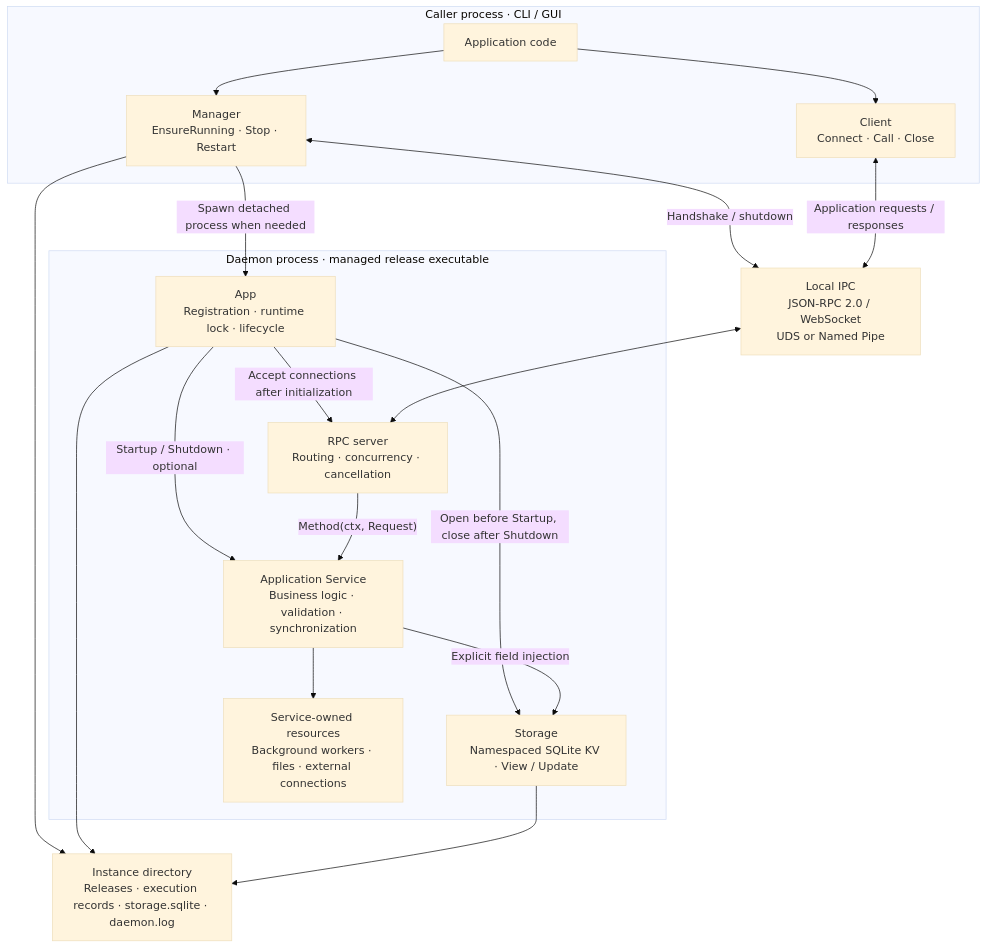
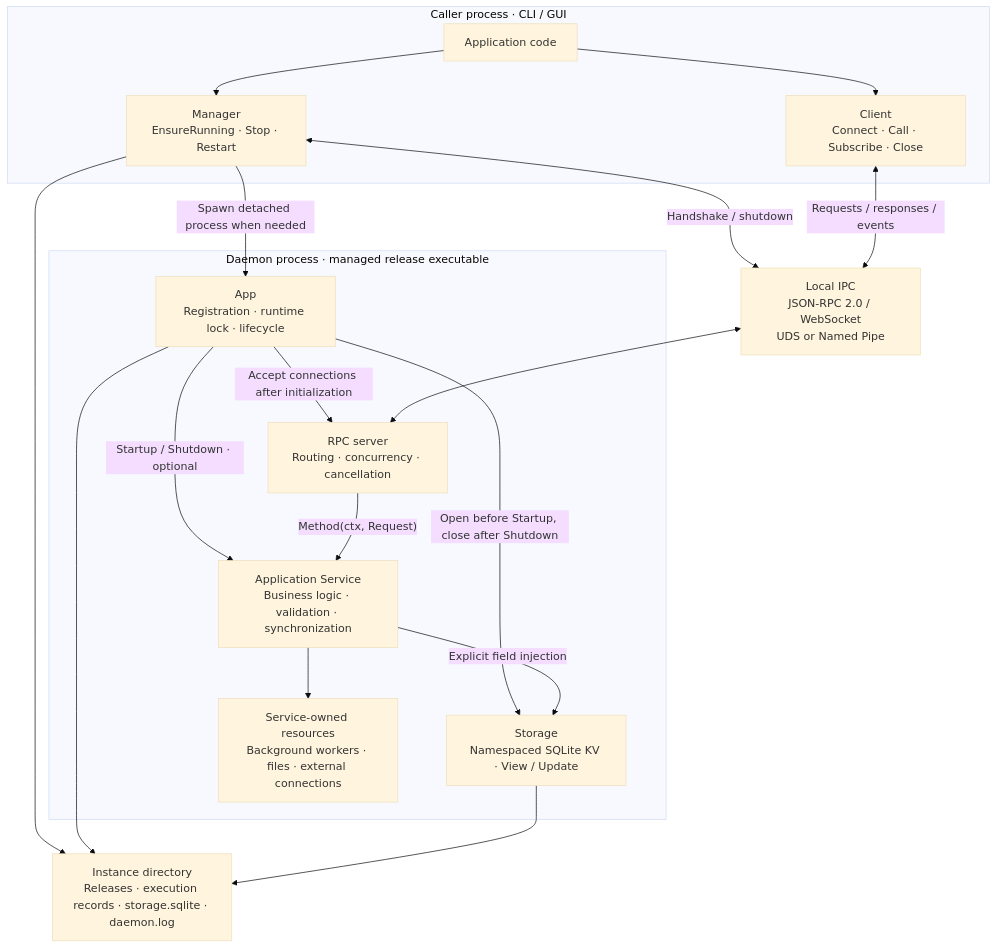
One commit to 134130/go-daemonkit changed the first of 3 diagrams in README.md. Above: the diagram before and after it, drawn with Mermaid (base theme). The commit also changed other lines of this file and 9 other files, not shown here.

````diff
--- a/README.md
+++ b/README.md
@@ -12,35 +12,35 @@
 ```mermaid
 flowchart TB
     subgraph caller["Caller process · CLI / GUI"]
         UI["Application code"]
         Manager["Manager<br/>EnsureRunning · Stop · Restart"]
-        Client["Client<br/>Connect · Call · Close"]
+        Client["Client<br/>Connect · Call · Subscribe · Close"]
         UI --> Manager
         UI --> Client
     end
 
     IPC["Local IPC<br/>JSON-RPC 2.0 / WebSocket<br/>UDS or Named Pipe"]
 
     subgraph daemon["Daemon process · managed release executable"]
         App["App<br/>Registration · runtime lock · lifecycle"]
         RPC["RPC server<br/>Routing · concurrency · cancellation"]
         Service["Application Service<br/>Business logic · validation · synchronization"]
         Storage["Storage<br/>Namespaced SQLite KV · View / Update"]
         App -->|"Open before Startup, close after Shutdown"| Storage
         Service -->|"Explicit field injection"| Storage
         Resources["Service-owned resources<br/>Background workers · files · external connections"]
         App -->|"Startup / Shutdown · optional"| Service
         App -->|"Accept connections after initialization"| RPC
         RPC -->|"Method(ctx, Request)"| Service
         Service --> Resources
     end
 
     State["Instance directory<br/>Releases · execution records · storage.sqlite · daemon.log"]
     Manager -->|"Spawn detached process when needed"| App
     Manager <-->|"Handshake / shutdown"| IPC
-    Client <-->|"Application requests / responses"| IPC
+    Client <-->|"Requests / responses / events"| IPC
     IPC <--> RPC
     Manager --> State
     App --> State
     Storage --> State
 ```
````
